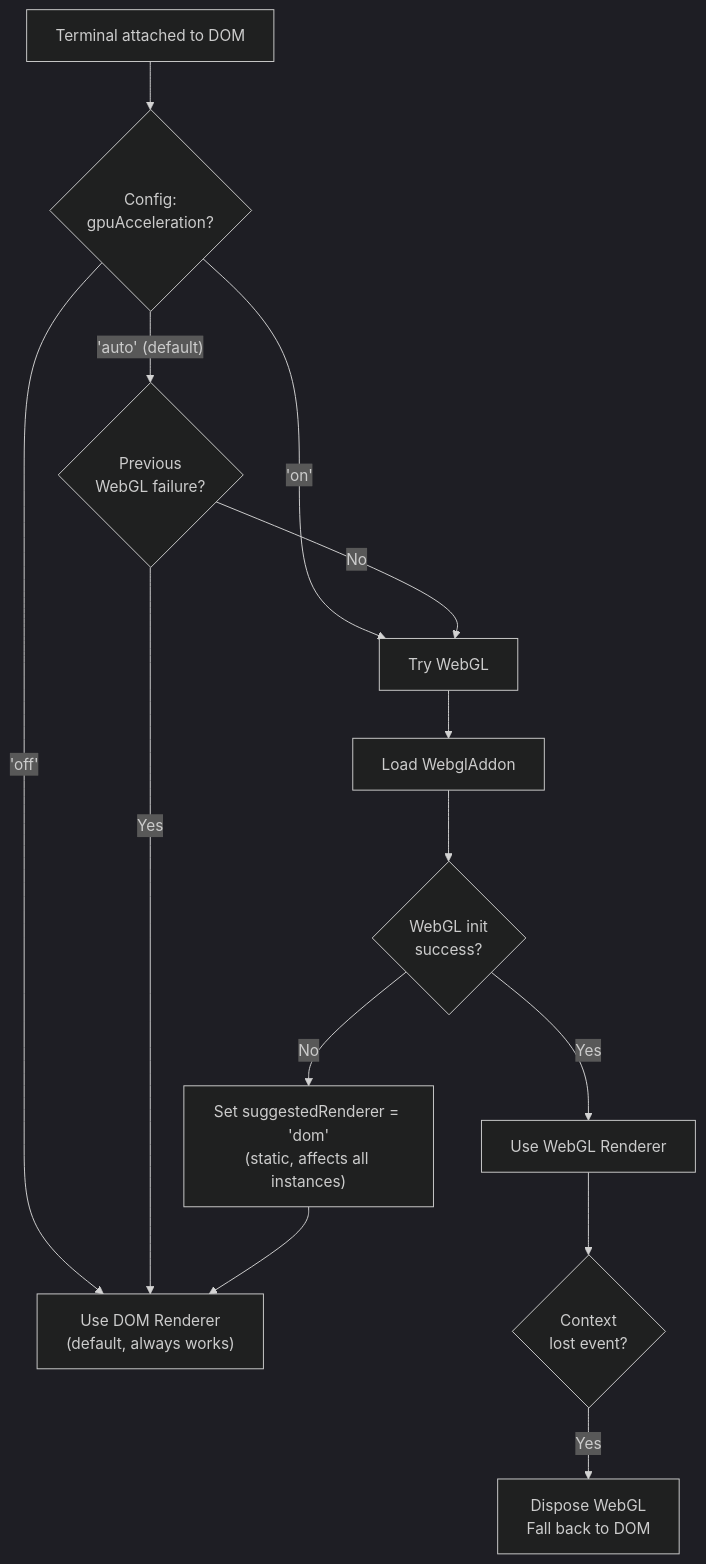
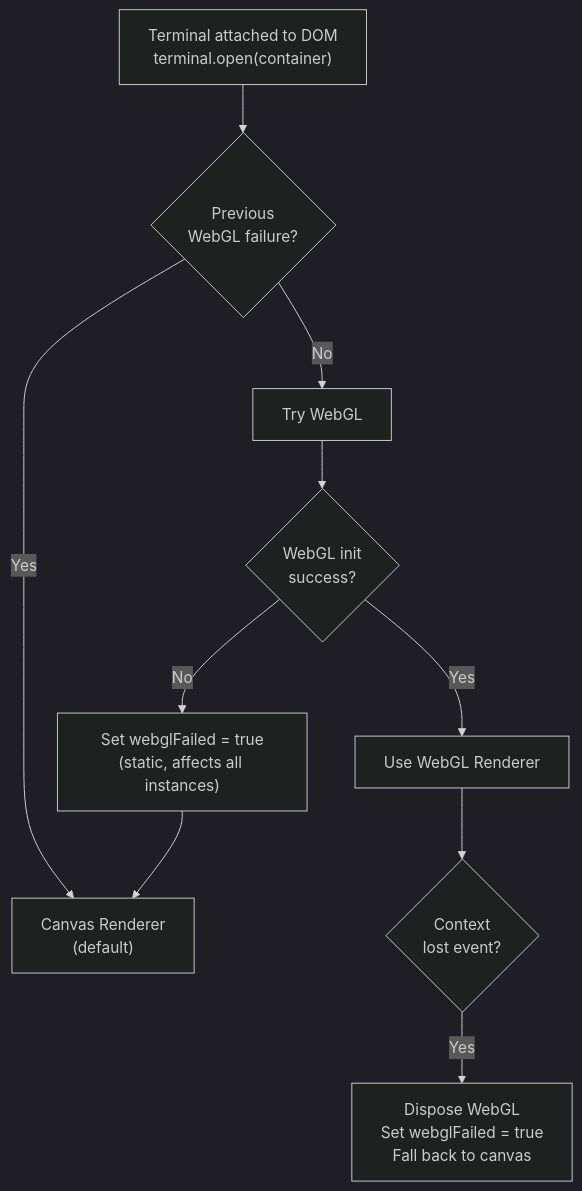
Before and after one commit to huybuidac/anywhere-terminal: the second of 3 diagrams in docs/design/xterm-integration.md, drawn with Mermaid (dark theme). The commit also changed other lines of this file and 46 other files, not shown here.

Commit message:
refactor: extract terminal factory, split renderer, and flow control into dedicated modules, reducing main.ts to a composition root, and add new webview tests.

````diff
--- a/docs/design/xterm-integration.md
+++ b/docs/design/xterm-integration.md
@@ -196,18 +169,14 @@
 ```mermaid
 flowchart TD
-    A["Terminal attached to DOM"] --> B{"Config:<br/>gpuAcceleration?"}
-    B -->|"'off'"| C["Use DOM Renderer<br/>(default, always works)"]
-    B -->|"'on'"| D["Try WebGL"]
-    B -->|"'auto' (default)"| E{"Previous<br/>WebGL failure?"}
-    E -->|Yes| C
-    E -->|No| D
+    A["Terminal attached to DOM<br/>terminal.open(container)"] --> B{"Previous<br/>WebGL failure?"}
+    B -->|Yes| C["Canvas Renderer<br/>(default)"]
+    B -->|No| D["Try WebGL"]
     
-    D --> F["Load WebglAddon"]
-    F --> G{"WebGL init<br/>success?"}
-    G -->|Yes| H["Use WebGL Renderer"]
-    G -->|No| I["Set suggestedRenderer = 'dom'<br/>(static, affects all instances)"]
-    I --> C
+    D --> E{"WebGL init<br/>success?"}
+    E -->|Yes| F["Use WebGL Renderer"]
+    E -->|No| G["Set webglFailed = true<br/>(static, affects all instances)"]
+    G --> C
     
-    H --> J{"Context<br/>lost event?"}
-    J -->|Yes| K["Dispose WebGL<br/>Fall back to DOM"]
+    F --> H{"Context<br/>lost event?"}
+    H -->|Yes| I["Dispose WebGL<br/>Set webglFailed = true<br/>Fall back to canvas"]
 ```
````
